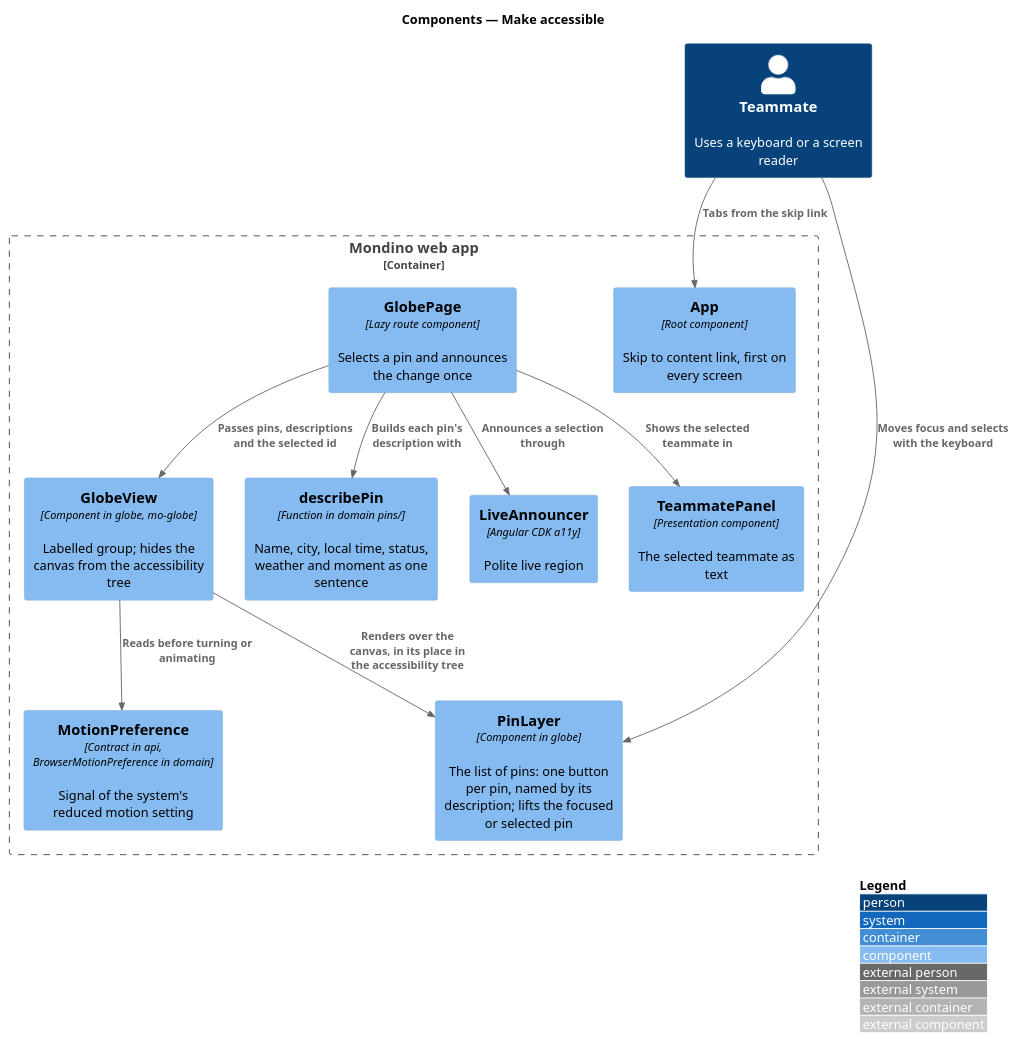
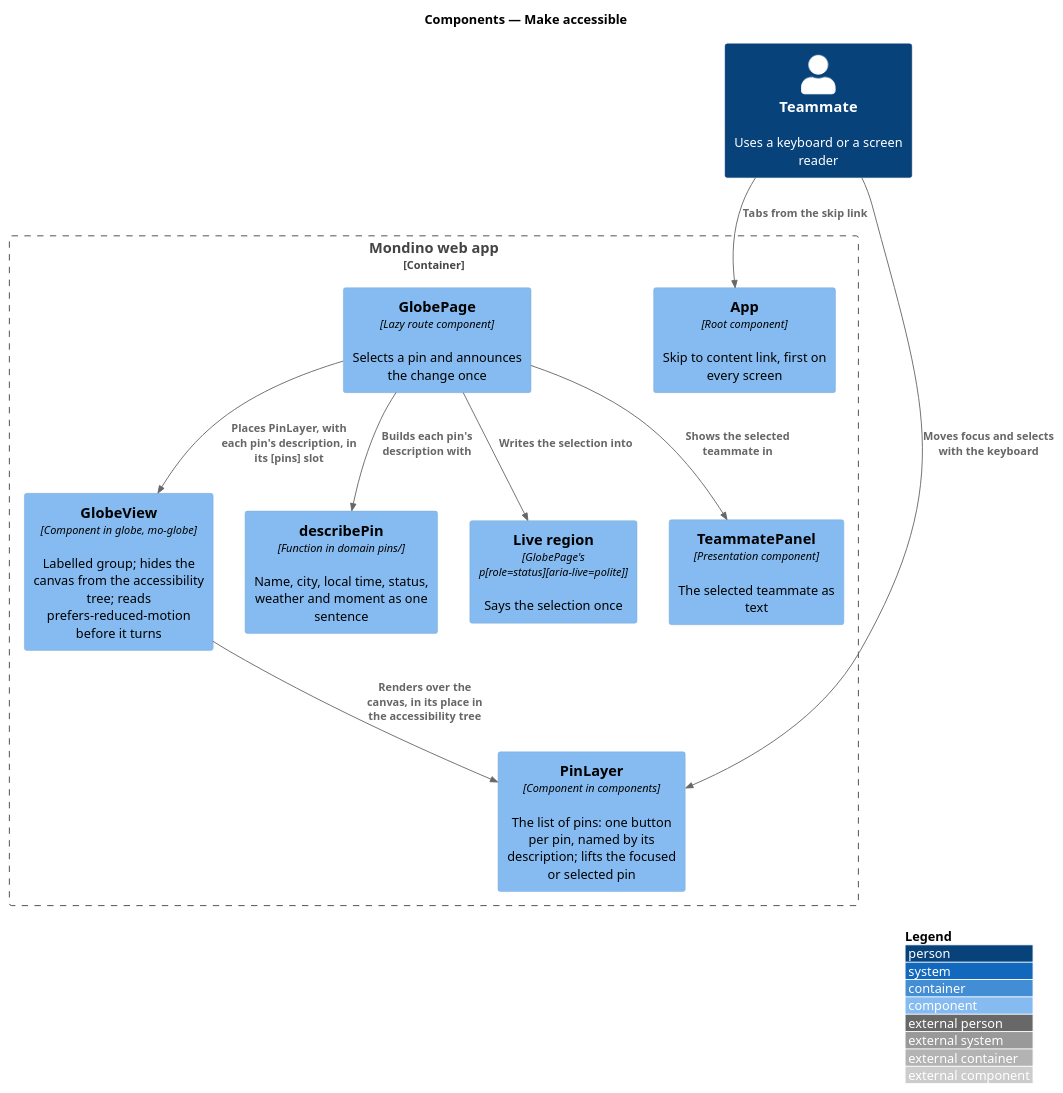
The diagram in docs/detailed-designs/platform/make-accessible/diagrams/c4-component.puml (QuinntyneBrown/Mondino), drawn with PlantUML before and after one commit. The commit also changed 8 other files, not shown here.

```diff
--- a/docs/detailed-designs/platform/make-accessible/diagrams/c4-component.puml
+++ b/docs/detailed-designs/platform/make-accessible/diagrams/c4-component.puml
@@ -1,25 +1,23 @@
 @startuml
 !include <C4/C4_Component>
 LAYOUT_WITH_LEGEND()
 title Components — Make accessible
 
 Person(teammate, "Teammate", "Uses a keyboard or a screen reader")
 Container_Boundary(spa, "Mondino web app") {
   Component(shell, "App", "Root component", "Skip to content link, first on every screen")
   Component(page, "GlobePage", "Lazy route component", "Selects a pin and announces the change once")
-  Component(view, "GlobeView", "Component in globe, mo-globe", "Labelled group; hides the canvas from the accessibility tree")
-  Component(layer, "PinLayer", "Component in globe", "The list of pins: one button per pin, named by its description; lifts the focused or selected pin")
+  Component(view, "GlobeView", "Component in globe, mo-globe", "Labelled group; hides the canvas from the accessibility tree; reads prefers-reduced-motion before it turns")
+  Component(layer, "PinLayer", "Component in components", "The list of pins: one button per pin, named by its description; lifts the focused or selected pin")
   Component(describe, "describePin", "Function in domain pins/", "Name, city, local time, status, weather and moment as one sentence")
-  Component(motion, "MotionPreference", "Contract in api, BrowserMotionPreference in domain", "Signal of the system's reduced motion setting")
-  Component(announcer, "LiveAnnouncer", "Angular CDK a11y", "Polite live region")
+    Component(announcer, "Live region", "GlobePage's p[role=status][aria-live=polite]", "Says the selection once")
   Component(panel, "TeammatePanel", "Presentation component", "The selected teammate as text")
 }
 Rel(teammate, shell, "Tabs from the skip link")
 Rel(teammate, layer, "Moves focus and selects with the keyboard")
 Rel(view, layer, "Renders over the canvas, in its place in the accessibility tree")
 Rel(page, describe, "Builds each pin's description with")
-Rel(page, view, "Passes pins, descriptions and the selected id")
-Rel(page, announcer, "Announces a selection through")
+Rel(page, view, "Places PinLayer, with each pin's description, in its [pins] slot")
+Rel(page, announcer, "Writes the selection into")
 Rel(page, panel, "Shows the selected teammate in")
-Rel(view, motion, "Reads before turning or animating")
 @enduml
```
